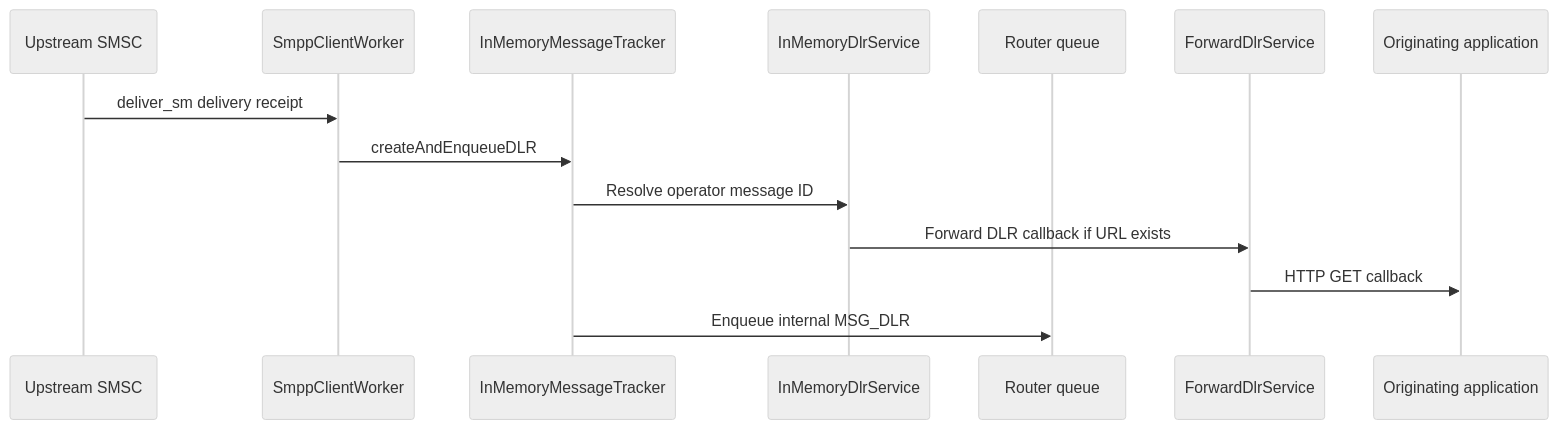
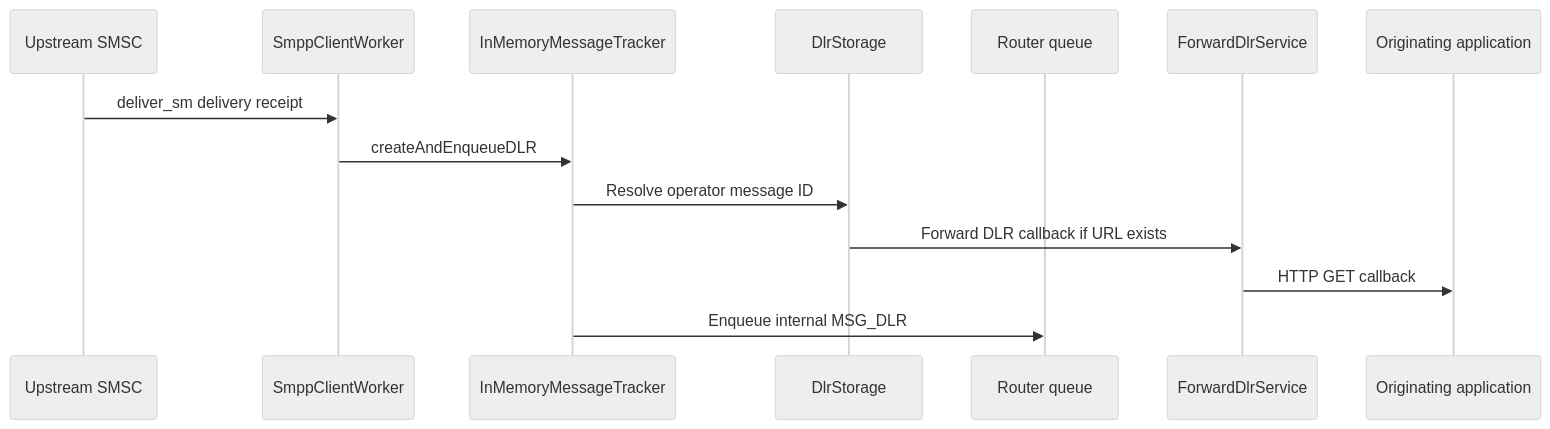
Before and after one commit to cytechmobile/sendium: the fifth of 6 diagrams in docs/01-architecture.md, drawn with Mermaid (neutral theme). The commit also changed other lines of this file and 6 other files, not shown here.

````diff
--- a/docs/01-architecture.md
+++ b/docs/01-architecture.md
@@ -149,17 +156,17 @@
 ```mermaid
 sequenceDiagram
     participant SMSC as Upstream SMSC
     participant Worker as SmppClientWorker
     participant Tracker as InMemoryMessageTracker
-    participant Store as InMemoryDlrService
+    participant Store as DlrStorage
     participant Router as Router queue
     participant DLRHook as ForwardDlrService
     participant App as Originating application
 
     SMSC->>Worker: deliver_sm delivery receipt
     Worker->>Tracker: createAndEnqueueDLR
     Tracker->>Store: Resolve operator message ID
     Store->>DLRHook: Forward DLR callback if URL exists
     DLRHook->>App: HTTP GET callback
     Tracker->>Router: Enqueue internal MSG_DLR
 ```
````
